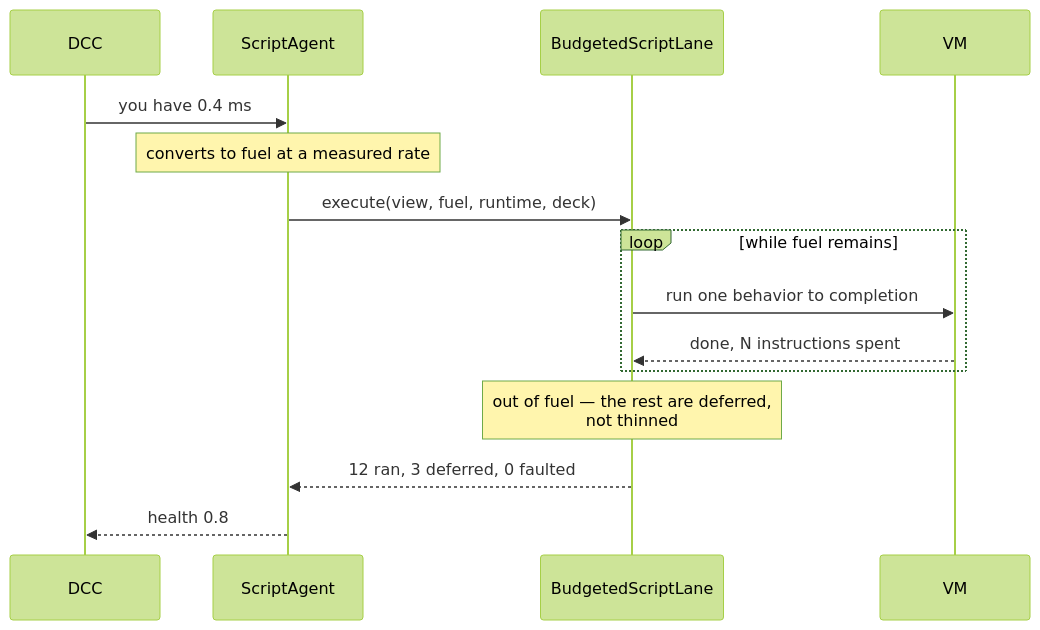
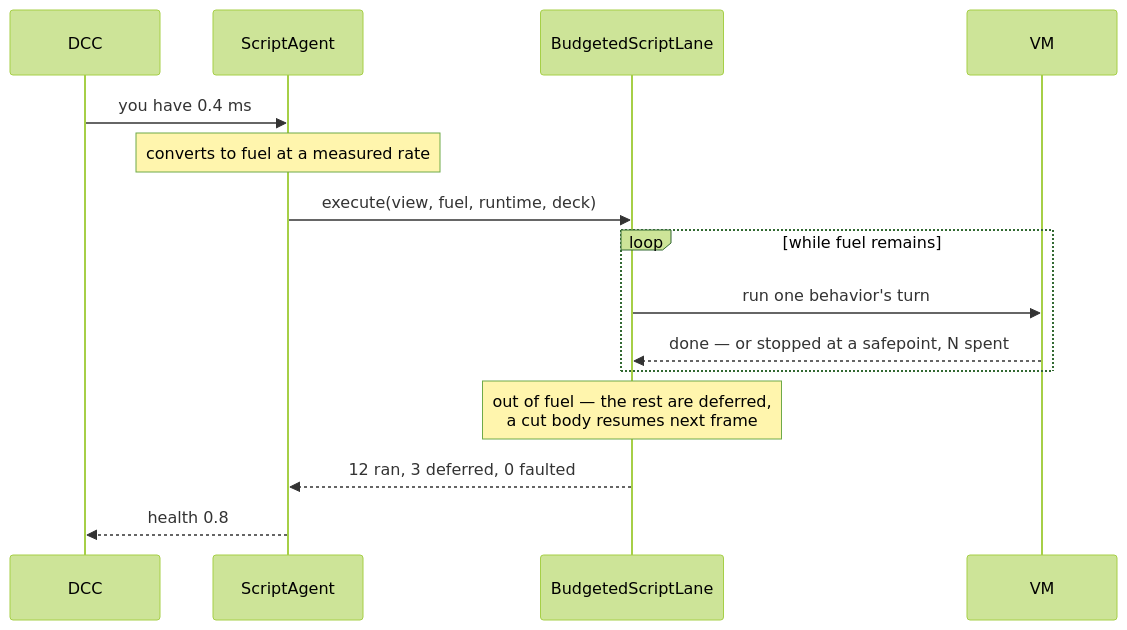
Before and after one commit to eraflo/KhoraEngine: the diagram in docs/src/concepts/scripting.md, drawn with Mermaid (forest theme). The commit also changed other lines of this file and 65 other files, not shown here.

````diff
--- a/docs/src/concepts/scripting.md
+++ b/docs/src/concepts/scripting.md
@@ -22,18 +28,18 @@
 ```mermaid
 sequenceDiagram
     participant DCC
     participant Agent as ScriptAgent
     participant Lane as BudgetedScriptLane
     participant VM
 
     DCC->>Agent: you have 0.4 ms
     Note over Agent: converts to fuel at a measured rate
     Agent->>Lane: execute(view, fuel, runtime, deck)
     loop while fuel remains
-        Lane->>VM: run one behavior to completion
-        VM-->>Lane: done, N instructions spent
+        Lane->>VM: run one behavior's turn
+        VM-->>Lane: done — or stopped at a safepoint, N spent
     end
-    Note over Lane: out of fuel — the rest are deferred,<br/>not thinned
+    Note over Lane: out of fuel — the rest are deferred,<br/>a cut body resumes next frame
     Lane-->>Agent: 12 ran, 3 deferred, 0 faulted
     Agent-->>DCC: health 0.8
 ```
````
